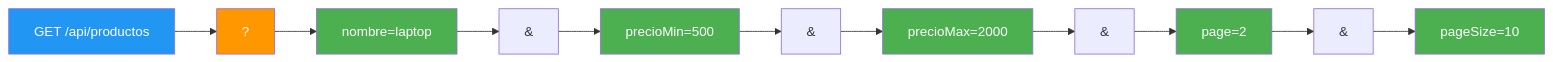
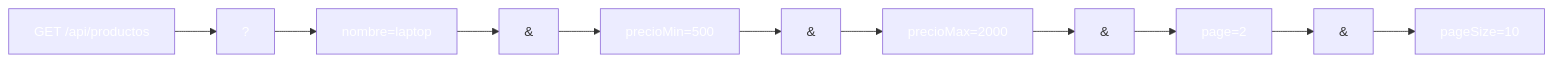
One commit to joseluisgs/DesarrolloWebEntornosServidor-02-2026-2027 changed the seventh of 11 diagrams in 08-dtos-mapeadores-validaciones.md. Above: the diagram before and after it, drawn with Mermaid. The commit also changed other lines of this file and 41 other files, not shown here.

````diff
--- a/08-dtos-mapeadores-validaciones.md
+++ b/08-dtos-mapeadores-validaciones.md
@@ -885,21 +885,21 @@
 ```mermaid
 flowchart LR
     A["GET /api/productos"] --> B["?"]
     B --> C["nombre=laptop"]
     C --> D["&"]
     D --> E["precioMin=500"]
     E --> F["&"]
     F --> G["precioMax=2000"]
     G --> H["&"]
     H --> I["page=2"]
     I --> J["&"]
     J --> K["pageSize=10"]
 
-    style A fill:#2196F3,color:#fff
-    style B fill:#FF9800,color:#fff
-    style C fill:#4CAF50,color:#fff
-    style E fill:#4CAF50,color:#fff
-    style G fill:#4CAF50,color:#fff
-    style I fill:#4CAF50,color:#fff
-    style K fill:#4CAF50,color:#fff
+    style A fill:#2196F,color:#fff3,color:#fff
+    style B fill:#FF980,color:#fff0,color:#fff
+    style C fill:#4CAF5,color:#fff0,color:#fff
+    style E fill:#4CAF5,color:#fff0,color:#fff
+    style G fill:#4CAF5,color:#fff0,color:#fff
+    style I fill:#4CAF5,color:#fff0,color:#fff
+    style K fill:#4CAF5,color:#fff0,color:#fff
 ```
````
